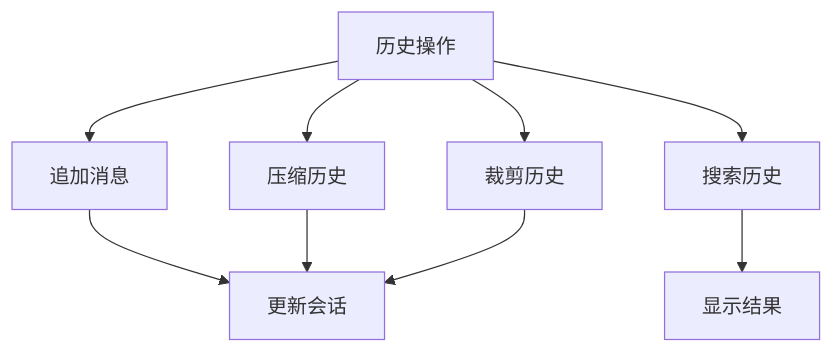
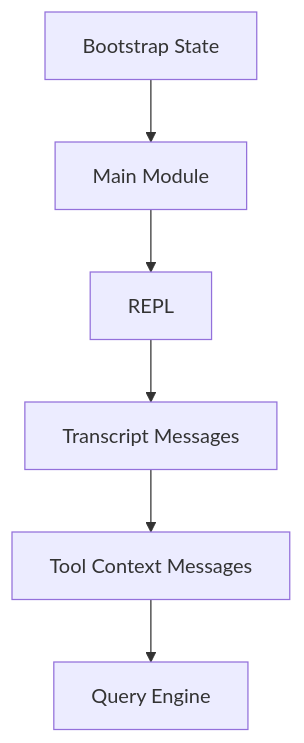
One commit to friendlyhank/claude-code-annotated changed the diagram in notes/reviews/06-session-management-layer.md. Above: the diagram before and after it, drawn with Mermaid. The commit also changed other lines of this file and 15 other files, not shown here.

Commit message:
feat: wire REPL to query loop; rebuild reviews

````diff
--- a/notes/reviews/06-session-management-layer.md
+++ b/notes/reviews/06-session-management-layer.md
@@ -158,12 +17,8 @@
 ```mermaid
 flowchart TB
-    Operations[历史操作] --> Append[追加消息]
-    Operations --> Compact[压缩历史]
-    Operations --> Trim[裁剪历史]
-    Operations --> Search[搜索历史]
-    
-    Append --> Update[更新会话]
-    Compact --> Update
-    Trim --> Update
-    Search --> Display[显示结果]
+    Bootstrap[Bootstrap State] --> Main[Main Module]
+    Main --> Repl[REPL]
+    Repl --> Transcript[Transcript Messages]
+    Transcript --> QueryContext[Tool Context Messages]
+    QueryContext --> Query[Query Engine]
 ```
````
